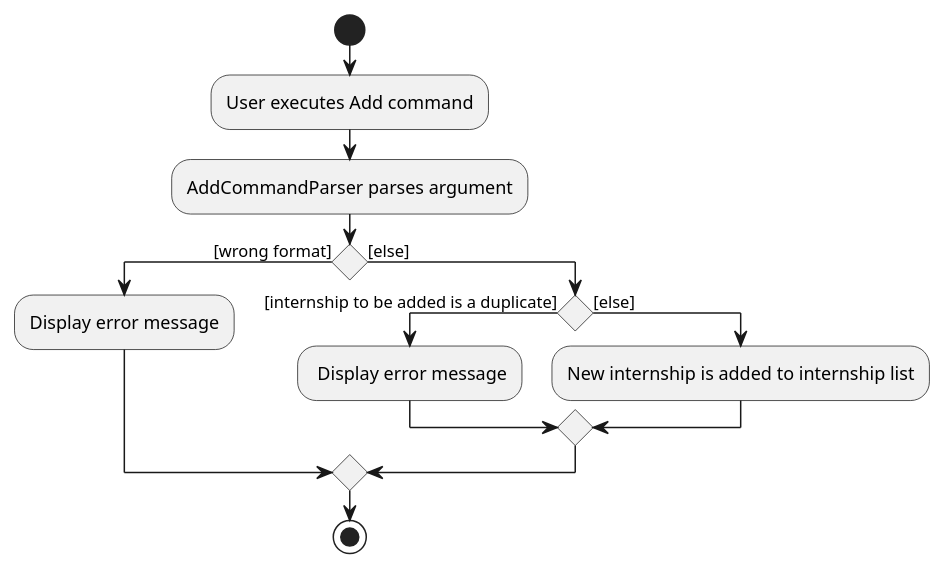
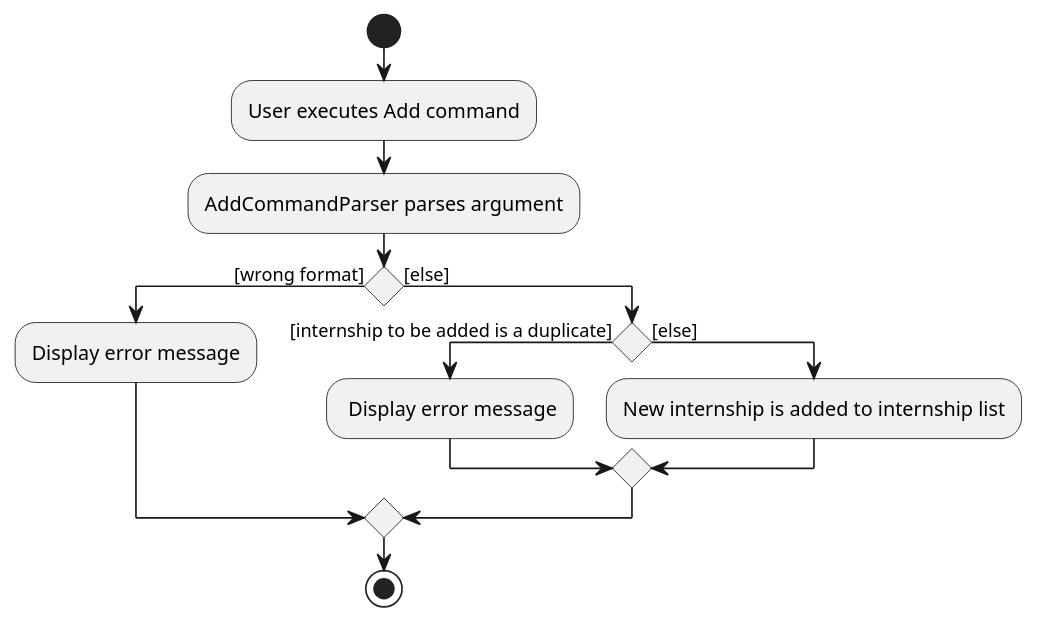
The diagram in docs/diagrams/AddCommandActivityDiagram.puml (nus-cs2103-AY2223S1/tp), drawn with PlantUML before and after one commit. The commit also changed 11 other files, not shown here.

```diff
--- a/docs/diagrams/AddCommandActivityDiagram.puml
+++ b/docs/diagrams/AddCommandActivityDiagram.puml
@@ -1,15 +1,16 @@
 @startuml
+scale 1.1
 start
 :User executes Add command;
 :AddCommandParser parses argument;
 if () then ([wrong format])
     :Display error message;
 else ([else])
     if () then ([internship to be added is a duplicate])
         : Display error message;
     else ([else])
         :New internship is added to internship list;
     endif
 endif
 stop
 @enduml
```
